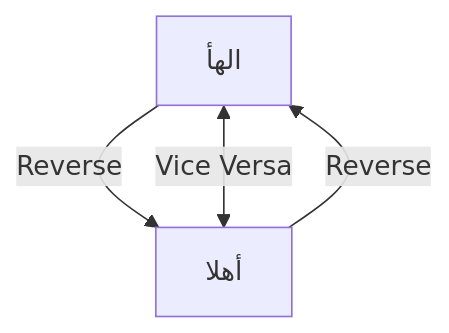
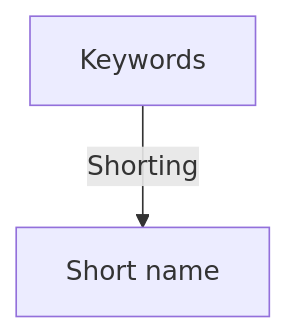
One commit to haithamaouati/GSN changed the diagram in README.md. Above: the diagram before and after it, drawn with Mermaid. The commit also changed other lines of this file, not shown here.

````diff
--- a/README.md
+++ b/README.md
@@ -33,6 +33,4 @@
 ```mermaid
 flowchart TD;
-A[الهأ]-->|Reverse|B[أهلا];
-A<-->|Vice Versa|B;
-B-->|Reverse|A;
+A[Keywords]-->|Shorting|B[Short name];
 ```
````
